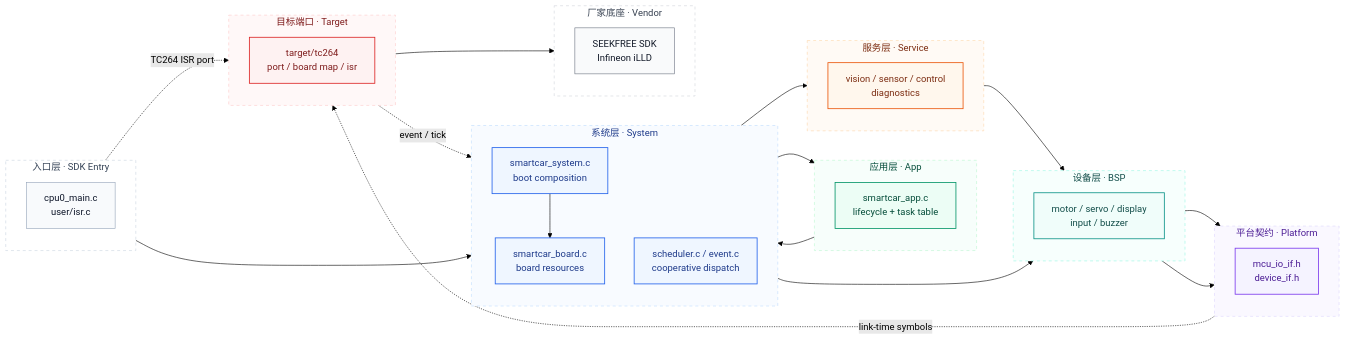
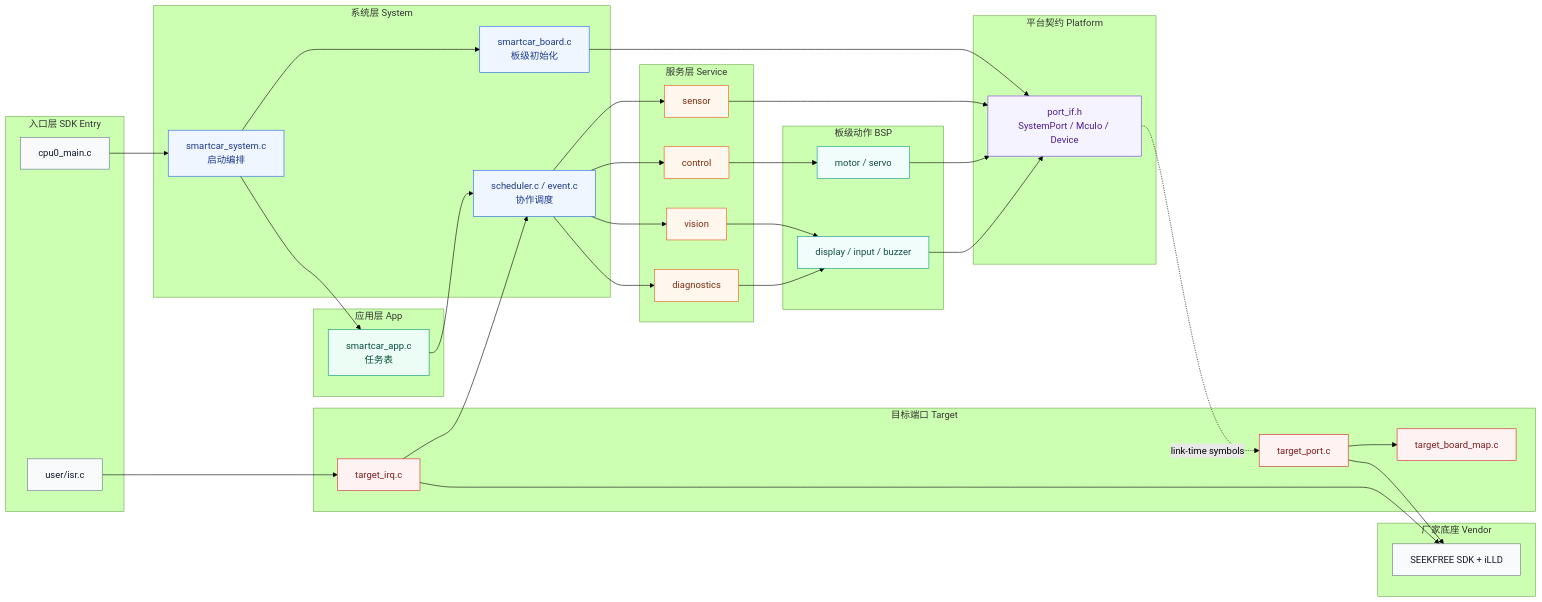
One commit to ParacosmYy/GS_Smart_car changed the first of 2 diagrams in README.md. Above: the diagram before and after it, drawn with Mermaid (forest theme). The commit also changed other lines of this file, not shown here.

````diff
--- a/README.md
+++ b/README.md
@@ -14,77 +14,77 @@
 ```mermaid
 flowchart LR
-    subgraph L0["入口层 · SDK Entry"]
-        direction TB
-        ENTRY["cpu0_main.c<br/>user/isr.c"]
+    subgraph ENTRY["入口层 SDK Entry"]
+        CPU["cpu0_main.c"]
+        ISR["user/isr.c"]
     end
 
-    subgraph L1["系统层 · System"]
-        direction TB
-        RUNTIME["smartcar_system.c<br/>boot composition"]
-        BOARD["smartcar_board.c<br/>board resources"]
-        SCHED["scheduler.c / event.c<br/>cooperative dispatch"]
+    subgraph SYSTEM["系统层 System"]
+        BOOT["smartcar_system.c<br/>启动编排"]
+        BOARD["smartcar_board.c<br/>板级初始化"]
+        SCHED["scheduler.c / event.c<br/>协作调度"]
     end
 
-    subgraph L2["应用层 · App"]
-        direction TB
-        APP["smartcar_app.c<br/>lifecycle + task table"]
+    subgraph APP["应用层 App"]
+        TASKS["smartcar_app.c<br/>任务表"]
     end
 
-    subgraph L3["服务层 · Service"]
-        direction TB
-        SERVICE["vision / sensor / control<br/>diagnostics"]
+    subgraph SERVICE["服务层 Service"]
+        VISION["vision"]
+        SENSOR["sensor"]
+        CONTROL["control"]
+        DIAG["diagnostics"]
     end
 
-    subgraph L3B["设备层 · BSP"]
-        direction TB
-        BSP["motor / servo / display<br/>input / buzzer"]
+    subgraph BSP["板级动作 BSP"]
+        ACT["motor / servo"]
+        IO["display / input / buzzer"]
     end
 
-    subgraph L4["平台契约 · Platform"]
-        direction TB
-        PORT["mcu_io_if.h<br/>device_if.h"]
+    subgraph PLATFORM["平台契约 Platform"]
+        PORT["port_if.h<br/>SystemPort / McuIo / Device"]
     end
 
-    subgraph L5["目标端口 · Target"]
-        direction TB
-        TC264["target/tc264<br/>port / board map / isr"]
+    subgraph TARGET["目标端口 Target"]
+        TPORT["target_port.c"]
+        TMAP["target_board_map.c"]
+        TIRQ["target_irq.c"]
     end
 
-    subgraph L6["厂家底座 · Vendor"]
-        direction TB
-        SDK["SEEKFREE SDK<br/>Infineon iLLD"]
+    subgraph VENDOR["厂家底座 Vendor"]
+        SDK["SEEKFREE SDK + iLLD"]
     end
 
-    ENTRY --> RUNTIME --> APP --> SCHED --> SERVICE --> BSP --> PORT
-    RUNTIME --> BOARD --> BSP --> PORT
-    PORT -. "link-time symbols" .-> TC264 --> SDK
-    ENTRY -. "TC264 ISR port" .-> TC264
-    TC264 -. "event / tick" .-> SCHED
+    CPU --> BOOT --> BOARD --> PORT
+    BOOT --> TASKS --> SCHED --> VISION
+    SCHED --> SENSOR
+    SCHED --> CONTROL
+    SCHED --> DIAG
+    VISION --> IO
+    SENSOR --> PORT
+    CONTROL --> ACT
+    DIAG --> IO
+    ACT --> PORT
+    IO --> PORT
+    PORT -. "link-time symbols" .-> TPORT --> SDK
+    TPORT --> TMAP
+    ISR --> TIRQ --> SCHED
+    TIRQ --> SDK
 
-    class ENTRY entry
-    class RUNTIME,BOARD,SCHED system
-    class APP app
-    class SERVICE service
-    class BSP bsp
+    classDef entry fill:#f8fafc,stroke:#64748b,color:#0f172a;
+    classDef system fill:#eff6ff,stroke:#2563eb,color:#1e3a8a;
+    classDef app fill:#ecfdf5,stroke:#059669,color:#064e3b;
+    classDef service fill:#fff7ed,stroke:#ea580c,color:#7c2d12;
+    classDef bsp fill:#f0fdfa,stroke:#0d9488,color:#134e4a;
+    classDef platform fill:#f5f3ff,stroke:#7c3aed,color:#4c1d95;
+    classDef target fill:#fef2f2,stroke:#dc2626,color:#7f1d1d;
+    classDef vendor fill:#f9fafb,stroke:#6b7280,color:#111827;
+
+    class CPU,ISR entry
+    class BOOT,BOARD,SCHED system
+    class TASKS app
+    class VISION,SENSOR,CONTROL,DIAG service
+    class ACT,IO bsp
     class PORT platform
-    class TC264 impl
+    class TPORT,TMAP,TIRQ target
     class SDK vendor
-
-    classDef entry fill:#f8fafc,stroke:#94a3b8,color:#0f172a,stroke-width:1px;
-    classDef system fill:#eff6ff,stroke:#2563eb,color:#1e3a8a,stroke-width:1.4px;
-    classDef app fill:#ecfdf5,stroke:#059669,color:#064e3b,stroke-width:1.4px;
-    classDef service fill:#fff7ed,stroke:#ea580c,color:#7c2d12,stroke-width:1.4px;
-    classDef bsp fill:#f0fdfa,stroke:#0d9488,color:#134e4a,stroke-width:1.4px;
-    classDef platform fill:#f5f3ff,stroke:#7c3aed,color:#4c1d95,stroke-width:1.4px;
-    classDef impl fill:#fef2f2,stroke:#dc2626,color:#7f1d1d,stroke-width:1.4px;
-    classDef vendor fill:#f9fafb,stroke:#6b7280,color:#111827,stroke-width:1px;
-
-    style L0 fill:#ffffff,stroke:#cbd5e1,stroke-dasharray:5 5,color:#334155;
-    style L1 fill:#f8fbff,stroke:#bfdbfe,stroke-dasharray:5 5,color:#1e3a8a;
-    style L2 fill:#f7fefb,stroke:#bbf7d0,stroke-dasharray:5 5,color:#064e3b;
-    style L3 fill:#fffaf5,stroke:#fed7aa,stroke-dasharray:5 5,color:#7c2d12;
-    style L3B fill:#f7fffd,stroke:#99f6e4,stroke-dasharray:5 5,color:#134e4a;
-    style L4 fill:#faf8ff,stroke:#ddd6fe,stroke-dasharray:5 5,color:#4c1d95;
-    style L5 fill:#fff8f8,stroke:#fecaca,stroke-dasharray:5 5,color:#7f1d1d;
-    style L6 fill:#ffffff,stroke:#d1d5db,stroke-dasharray:5 5,color:#374151;
 ```
````
